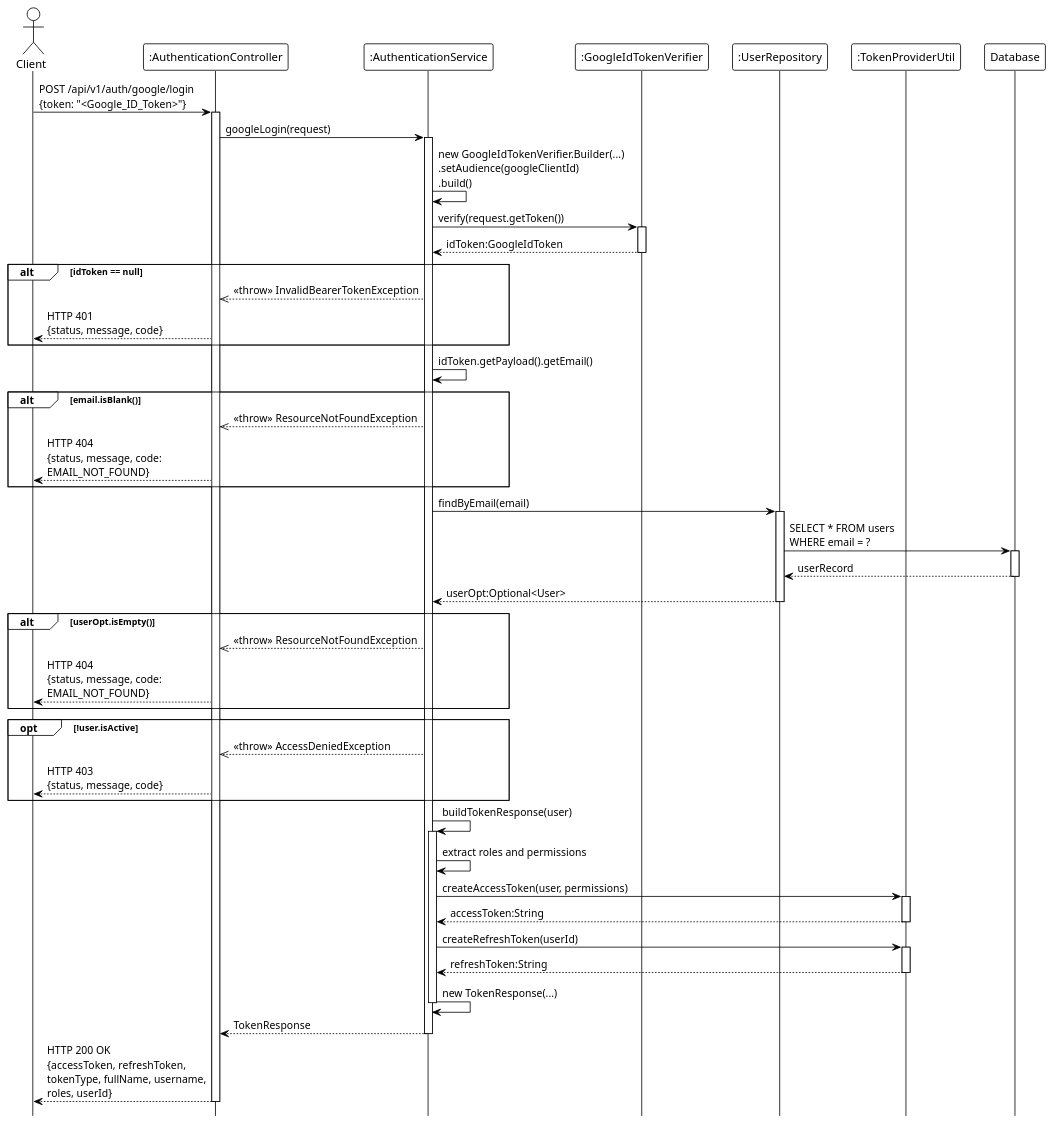
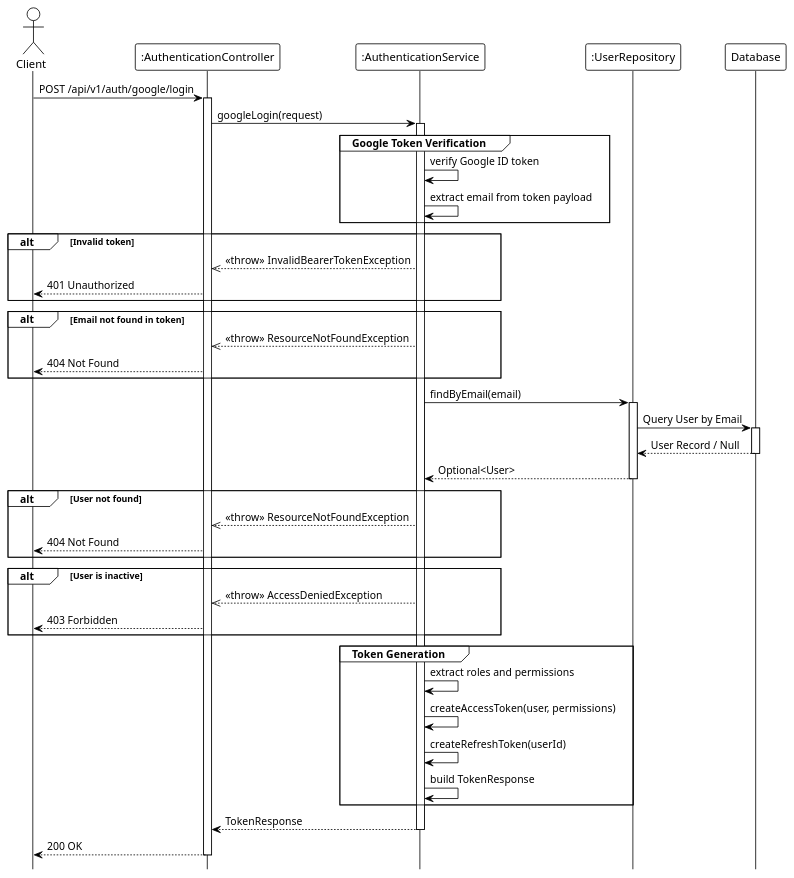
The diagram in system_detailed_design/02_sign_in_with_google/sequence_diagram_sign_in_with_google.puml (Ndh474/context), drawn with PlantUML before and after one commit. The commit also changed 6 other files, not shown here.

Commit message:
refactor(diagrams): standardize diagram names and improve class/sequence diagrams for authentication flows

```diff
--- a/system_detailed_design/02_sign_in_with_google/sequence_diagram_sign_in_with_google.puml
+++ b/system_detailed_design/02_sign_in_with_google/sequence_diagram_sign_in_with_google.puml
@@ -1,83 +1,71 @@
-@startuml Sign In with Google
+@startuml sign_in_with_google
 !theme plain
 hide footbox
 
 actor Client
 participant ":AuthenticationController" as Controller
 participant ":AuthenticationService" as Service
-participant ":GoogleIdTokenVerifier" as GoogleVerifier
 participant ":UserRepository" as Repository
-participant ":TokenProviderUtil" as TokenProvider
 participant "Database" as DB
 
-Client -> Controller: POST /api/v1/auth/google/login\n{token: "<Google_ID_Token>"}
+' --- MAIN FLOW ---
+Client -> Controller: POST /api/v1/auth/google/login
 activate Controller
 
 Controller -> Service: googleLogin(request)
 activate Service
 
-Service -> Service: new GoogleIdTokenVerifier.Builder(...)\n.setAudience(googleClientId)\n.build()
-
-Service -> GoogleVerifier: verify(request.getToken())
-activate GoogleVerifier
-GoogleVerifier --> Service: idToken:GoogleIdToken
-deactivate GoogleVerifier
-
-alt idToken == null
-    Service -->> Controller: <<throw>> InvalidBearerTokenException
-    Controller --> Client: HTTP 401\n{status, message, code}
+' --- GOOGLE TOKEN VERIFICATION ---
+group Google Token Verification
+    Service -> Service: verify Google ID token
+    Service -> Service: extract email from token payload
 end
 
-Service -> Service: idToken.getPayload().getEmail()
-
-alt email.isBlank()
-    Service -->> Controller: <<throw>> ResourceNotFoundException
-    Controller --> Client: HTTP 404\n{status, message, code:\nEMAIL_NOT_FOUND}
+alt Invalid token
+    Service -->> Controller: <<throw>> InvalidBearerTokenException
+    Controller --> Client: 401 Unauthorized
 end
 
+alt Email not found in token
+    Service -->> Controller: <<throw>> ResourceNotFoundException
+    Controller --> Client: 404 Not Found
+end
+
+' --- USER LOOKUP ---
 Service -> Repository: findByEmail(email)
 activate Repository
 
-Repository -> DB: SELECT * FROM users\nWHERE email = ?
+Repository -> DB: Query User by Email
 activate DB
-DB --> Repository: userRecord
+DB --> Repository: User Record / Null
 deactivate DB
 
-Repository --> Service: userOpt:Optional<User>
+Repository --> Service: Optional<User>
 deactivate Repository
 
-alt userOpt.isEmpty()
+' --- VALIDATION LOGIC ---
+alt User not found
     Service -->> Controller: <<throw>> ResourceNotFoundException
-    Controller --> Client: HTTP 404\n{status, message, code:\nEMAIL_NOT_FOUND}
+    Controller --> Client: 404 Not Found
 end
 
-opt !user.isActive
+alt User is inactive
     Service -->> Controller: <<throw>> AccessDeniedException
-    Controller --> Client: HTTP 403\n{status, message, code}
+    Controller --> Client: 403 Forbidden
 end
 
-Service -> Service: buildTokenResponse(user)
-activate Service
-
-Service -> Service: extract roles and permissions
-
-Service -> TokenProvider: createAccessToken(user, permissions)
-activate TokenProvider
-TokenProvider --> Service: accessToken:String
-deactivate TokenProvider
-
-Service -> TokenProvider: createRefreshToken(userId)
-activate TokenProvider
-TokenProvider --> Service: refreshToken:String
-deactivate TokenProvider
-
-Service -> Service: new TokenResponse(...)
-deactivate Service
+' --- TOKEN GENERATION ---
+group Token Generation
+    Service -> Service: extract roles and permissions
+    Service -> Service: createAccessToken(user, permissions)
+    Service -> Service: createRefreshToken(userId)
+    Service -> Service: build TokenResponse
+end
 
 Service --> Controller: TokenResponse
 deactivate Service
 
-Controller --> Client: HTTP 200 OK\n{accessToken, refreshToken,\ntokenType, fullName, username,\nroles, userId}
+Controller --> Client: 200 OK
 deactivate Controller
 
 @enduml
```
